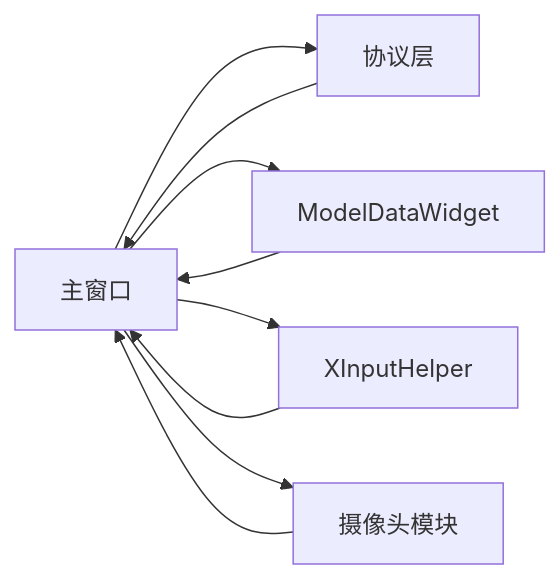
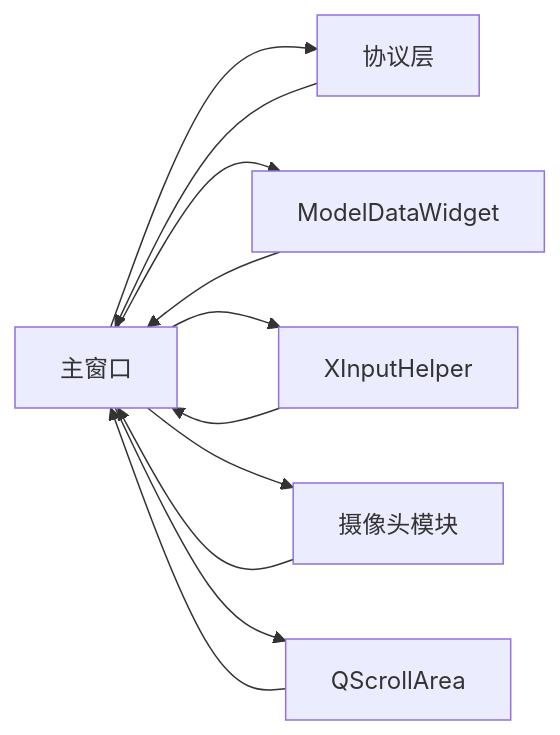
Before and after one commit to yangreest/Zero-value-Insulator-Robot-V2: diagram 11 of 11 in .qoder/repowiki/zh/content/用户手册/检测工作流程/检测执行阶段/实时监控界面.md, drawn with Mermaid. The commit also changed other lines of this file and 22 other files, not shown here.

````diff
--- a/.qoder/repowiki/zh/content/用户手册/检测工作流程/检测执行阶段/实时监控界面.md
+++ b/.qoder/repowiki/zh/content/用户手册/检测工作流程/检测执行阶段/实时监控界面.md
@@ -294,11 +353,13 @@
 ```mermaid
 graph LR
 UI["主窗口"] --> Proto["协议层"]
 UI --> Chart["ModelDataWidget"]
 UI --> Input["XInputHelper"]
 UI --> Cam["摄像头模块"]
+UI --> Scroll["QScrollArea"]
 Proto --> UI
 Chart --> UI
 Input --> UI
 Cam --> UI
+Scroll --> UI
 ```
````
